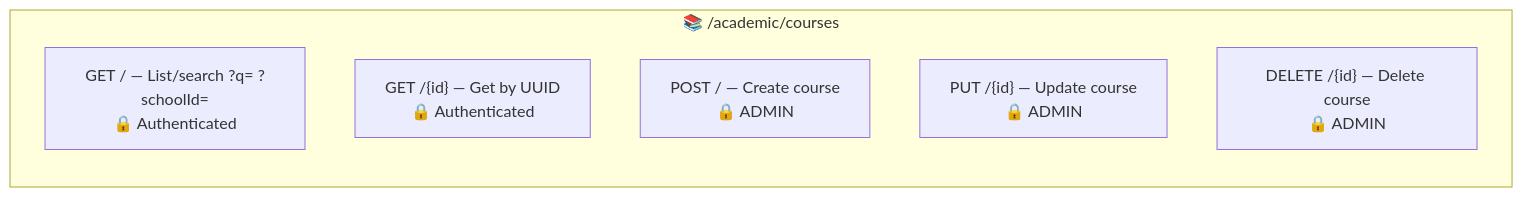
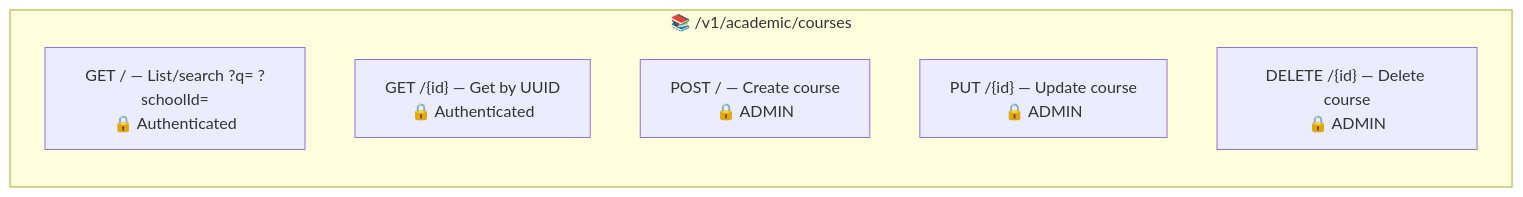
Before and after one commit to Plataforma-Universidade-Gratuita/pug-service: the third of 6 diagrams in src/main/java/br/org/catolicasc/pug/academic/README.md, drawn with Mermaid. The commit also changed other lines of this file and 137 other files, not shown here.

````diff
--- a/src/main/java/br/org/catolicasc/pug/academic/README.md
+++ b/src/main/java/br/org/catolicasc/pug/academic/README.md
@@ -105,11 +105,11 @@
 ```mermaid
 graph LR
-    subgraph Courses["📚 /academic/courses"]
+    subgraph Courses["📚 /v1/academic/courses"]
         direction TB
         GET_LIST["GET / — List/search ?q= ?schoolId=<br/>🔒 Authenticated"]
         GET_ID["GET /{id} — Get by UUID<br/>🔒 Authenticated"]
         POST["POST / — Create course<br/>🔒 ADMIN"]
         PUT["PUT /{id} — Update course<br/>🔒 ADMIN"]
         DELETE["DELETE /{id} — Delete course<br/>🔒 ADMIN"]
     end
 ```
````
